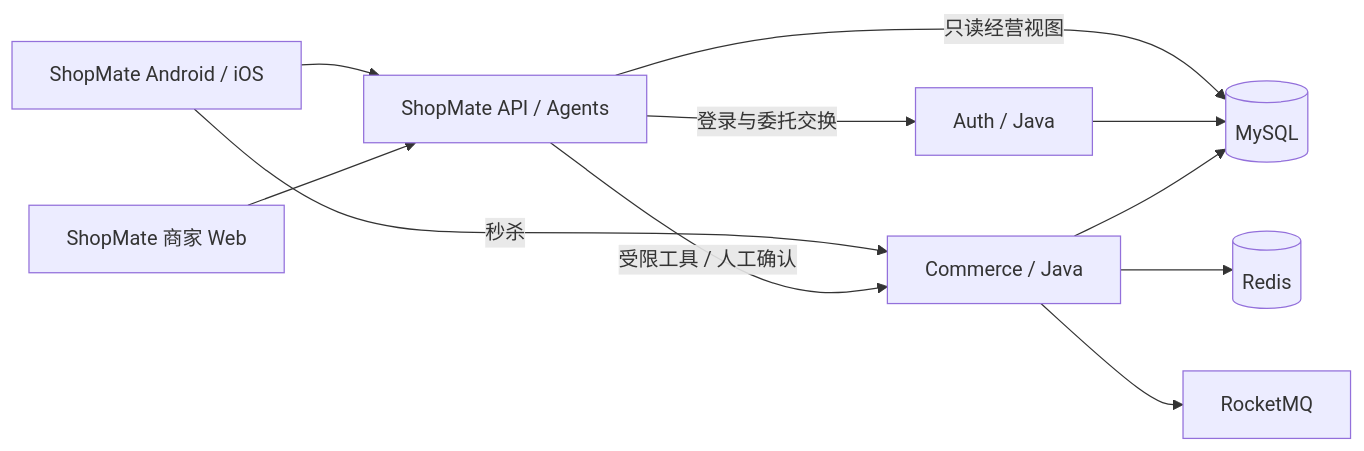
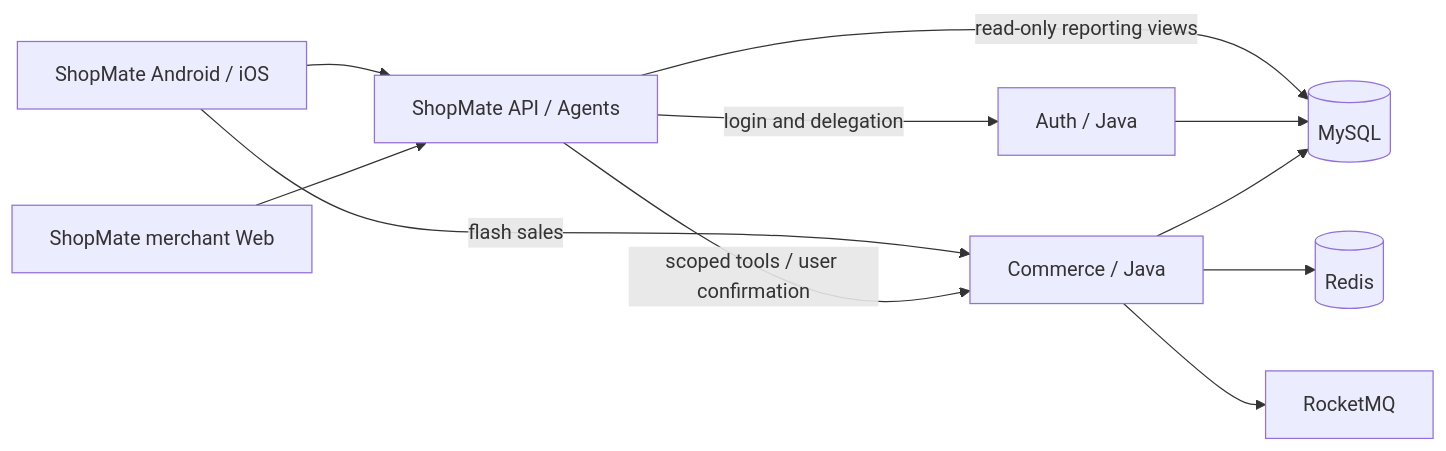
The diagram in README.md (ChanTso/citybuddy), drawn with Mermaid before and after one commit. The commit also changed other lines of this file and 2 other files, not shown here.

````diff
--- a/README.md
+++ b/README.md
@@ -46,13 +48,13 @@
 ```mermaid
 flowchart LR
     Client[ShopMate Android / iOS] --> Host[ShopMate API / Agents]
-    Web[ShopMate 商家 Web] --> Host
-    Client -->|秒杀| Commerce[Commerce / Java]
-    Host -->|登录与委托交换| Auth[Auth / Java]
-    Host -->|受限工具 / 人工确认| Commerce
-    Host -->|只读经营视图| DB[(MySQL)]
+    Web[ShopMate merchant Web] --> Host
+    Client -->|flash sales| Commerce[Commerce / Java]
+    Host -->|login and delegation| Auth[Auth / Java]
+    Host -->|scoped tools / user confirmation| Commerce
+    Host -->|read-only reporting views| DB[(MySQL)]
     Auth --> DB
     Commerce --> DB
     Commerce --> Redis[(Redis)]
     Commerce --> MQ[RocketMQ]
 ```
````
